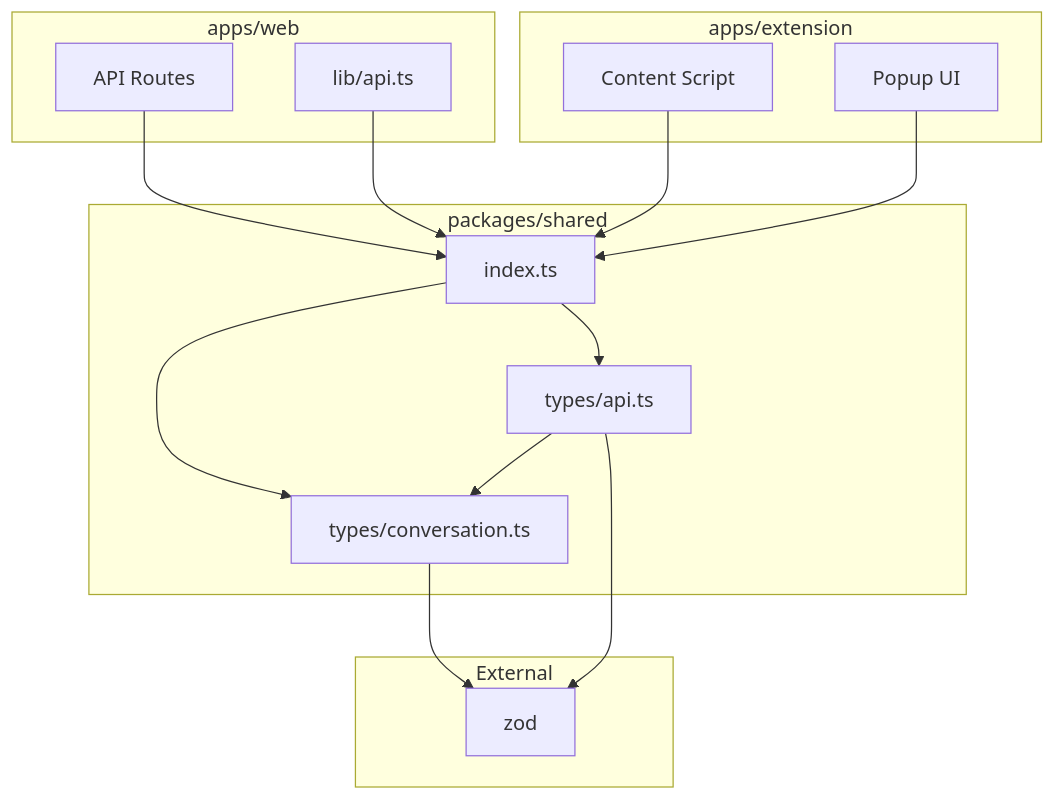
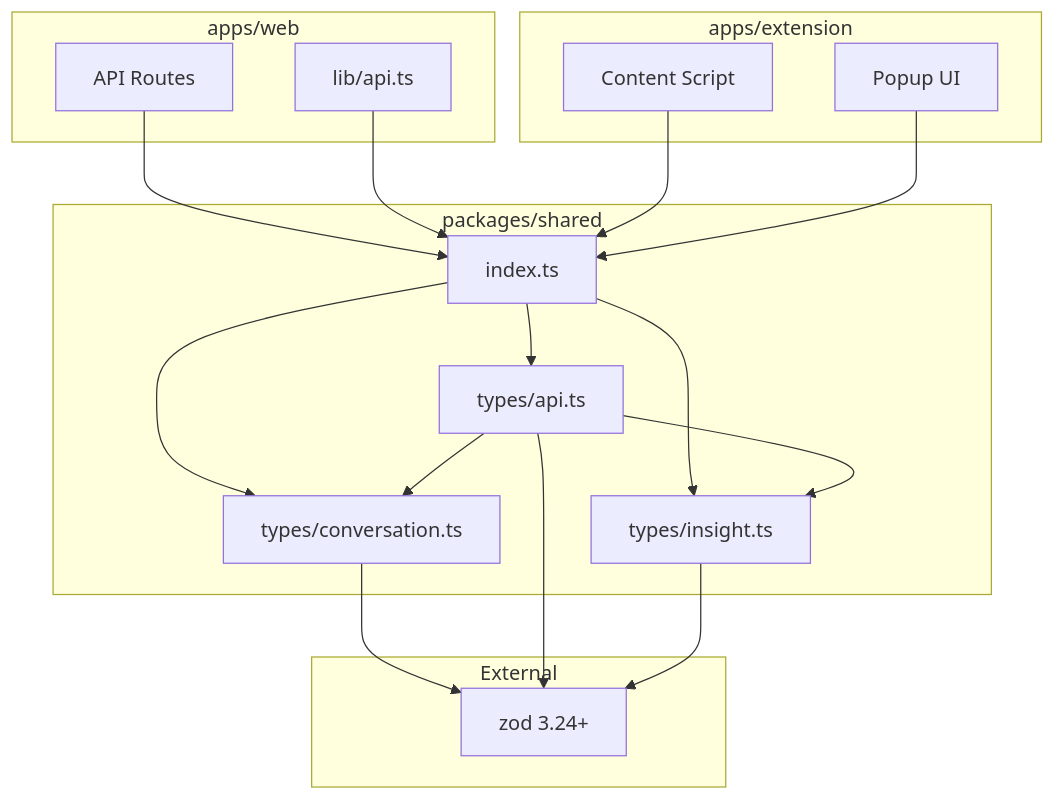
The diagram in doc/generated/reverse/modules/shared.md (mae616/ZennHackathon04), drawn with Mermaid before and after one commit. The commit also changed other lines of this file and 8 other files, not shown here.

````diff
--- a/doc/generated/reverse/modules/shared.md
+++ b/doc/generated/reverse/modules/shared.md
@@ -164,33 +75,37 @@
 ```mermaid
 graph TD
     subgraph "packages/shared"
         IDX[index.ts]
         CONV[types/conversation.ts]
         API[types/api.ts]
+        INS[types/insight.ts]
     end
 
     subgraph "apps/web"
         WEB_API[API Routes]
         WEB_LIB[lib/api.ts]
     end
 
     subgraph "apps/extension"
         EXT_CS[Content Script]
         EXT_PU[Popup UI]
     end
 
     subgraph "External"
-        ZOD[zod]
+        ZOD[zod 3.24+]
     end
 
     IDX --> CONV
     IDX --> API
+    IDX --> INS
     API --> CONV
+    API --> INS
     CONV --> ZOD
     API --> ZOD
+    INS --> ZOD
 
     WEB_API --> IDX
     WEB_LIB --> IDX
     EXT_CS --> IDX
     EXT_PU --> IDX
 ```
````
